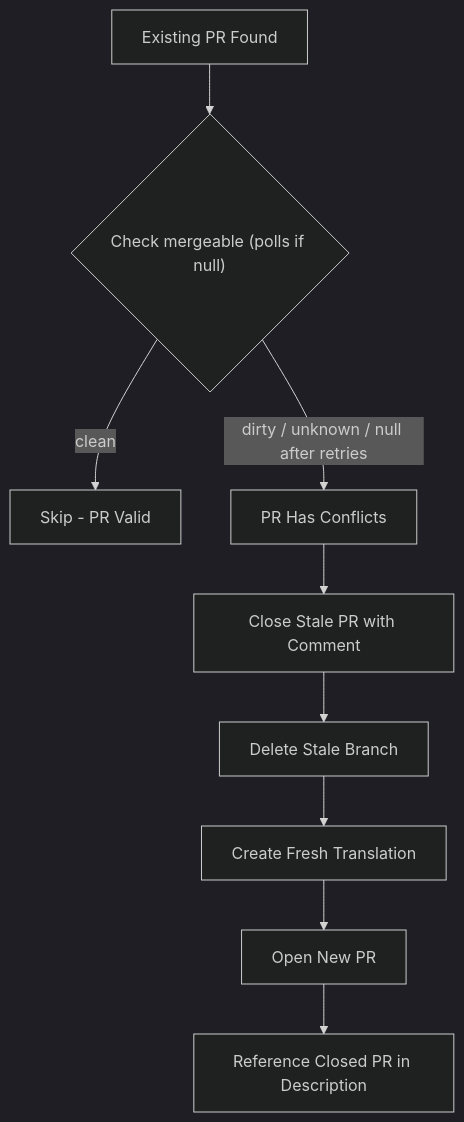
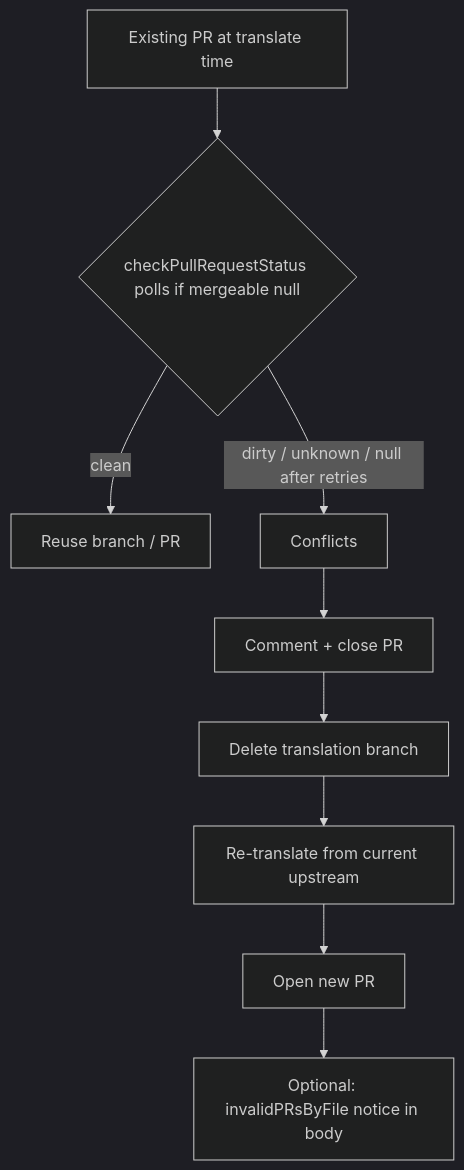
One commit to NivaldoFarias/translate-react changed the sixth of 9 diagrams in docs/WORKFLOW.md. Above: the diagram before and after it, drawn with Mermaid (dark theme). The commit also changed other lines of this file and 3 other files, not shown here.

````diff
--- a/docs/WORKFLOW.md
+++ b/docs/WORKFLOW.md
@@ -135,11 +165,11 @@
 ```mermaid
 flowchart TD
-    A[Existing PR Found] --> B{"Check mergeable (polls if null)"}
-    B -->|clean| C[Skip - PR Valid]
-    B -->|"dirty / unknown / null after retries"| D[PR Has Conflicts]
-    D --> E[Close Stale PR with Comment]
-    E --> F[Delete Stale Branch]
-    F --> G[Create Fresh Translation]
-    G --> H[Open New PR]
-    H --> I[Reference Closed PR in Description]
+    A[Existing PR at translate time] --> B{"checkPullRequestStatus polls if mergeable null"}
+    B -->|clean| C[Reuse branch / PR]
+    B -->|"dirty / unknown / null after retries"| D[Conflicts]
+    D --> E[Comment + close PR]
+    E --> F[Delete translation branch]
+    F --> G[Re-translate from current upstream]
+    G --> H[Open new PR]
+    H --> I[Optional: invalidPRsByFile notice in body]
 ```
````
